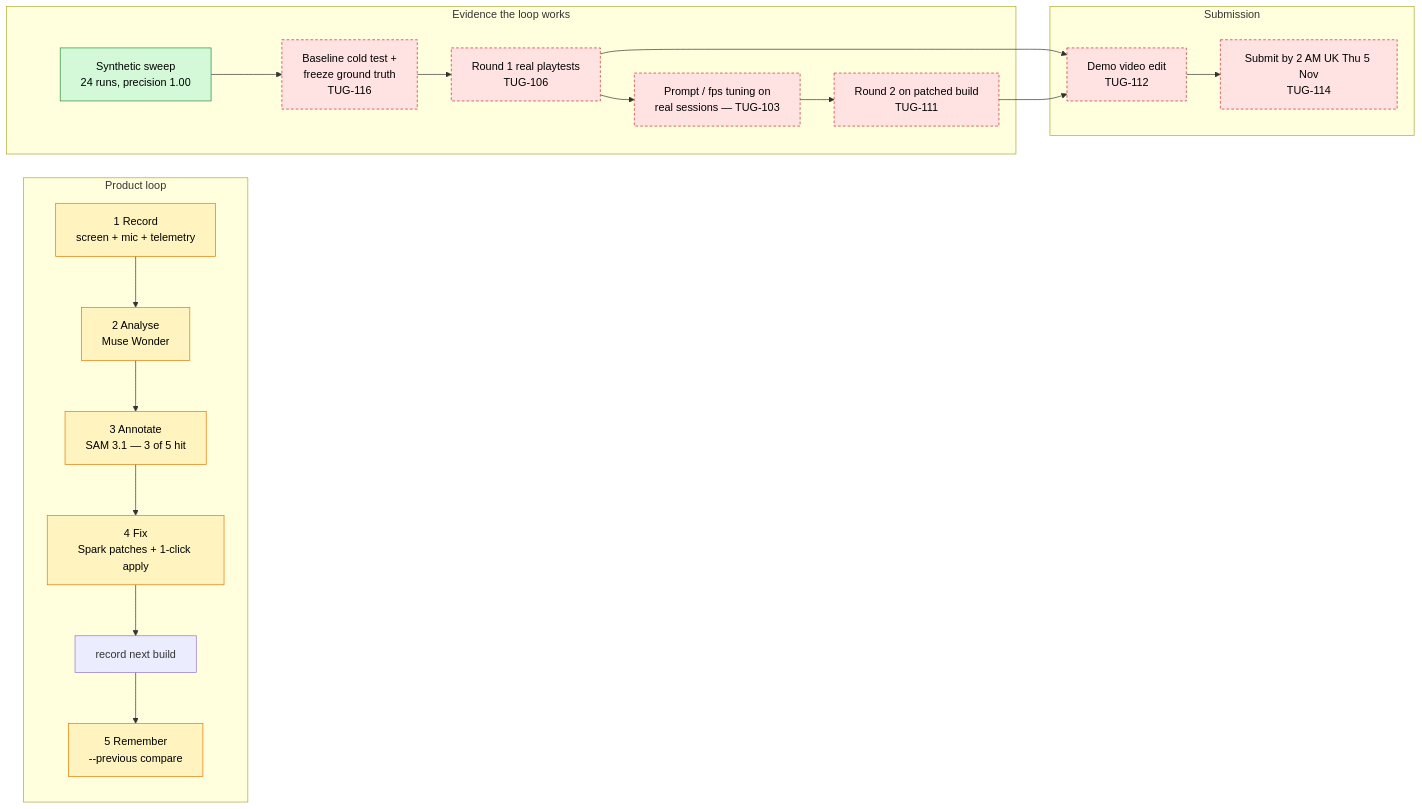
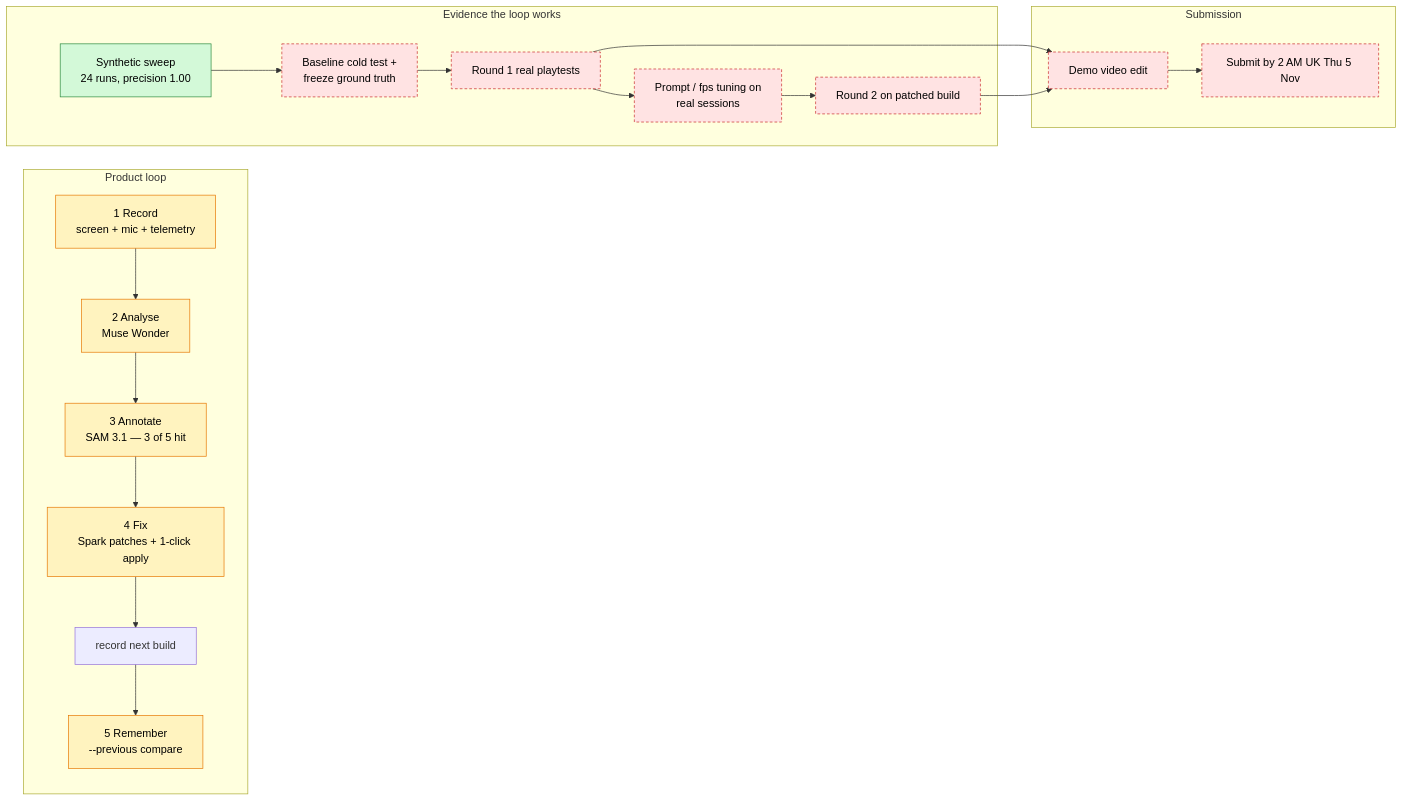
One commit to tornupgaming/playtest-analyst changed the ninth of 9 diagrams in docs/architecture.md. Above: the diagram before and after it, drawn with Mermaid. The commit also changed other lines of this file and 5 other files, not shown here.

First line of the commit message:
TUG-138: public docs read without ticket numbers, and define planted problems, strict scoring, prompt versions and synthetic sessions where a reader meets them

````diff
--- a/docs/architecture.md
+++ b/docs/architecture.md
@@ -344,33 +344,33 @@
 ```mermaid
 flowchart LR
   classDef done fill:#d3f9d8,stroke:#2b8a3e,color:#000
   classDef review fill:#fff3bf,stroke:#e67700,color:#000
   classDef todo fill:#ffe3e3,stroke:#c92a2a,color:#000,stroke-dasharray:4 3
 
   subgraph Product["Product loop"]
     R["1 Record<br/>screen + mic + telemetry"]:::review
     A["2 Analyse<br/>Muse Wonder"]:::review
     N["3 Annotate<br/>SAM 3.1 — 3 of 5 hit"]:::review
     F["4 Fix<br/>Spark patches + 1-click apply"]:::review
     M["5 Remember<br/>--previous compare"]:::review
     R --> A --> N --> F --> R2["record next build"] --> M
   end
 
   subgraph Evidence["Evidence the loop works"]
     SYN["Synthetic sweep<br/>24 runs, precision 1.00"]:::done
-    COLD["Baseline cold test +<br/>freeze ground truth<br/>TUG-116"]:::todo
-    RD1["Round 1 real playtests<br/>TUG-106"]:::todo
-    TUNE["Prompt / fps tuning on<br/>real sessions — TUG-103"]:::todo
-    RD2["Round 2 on patched build<br/>TUG-111"]:::todo
+    COLD["Baseline cold test +<br/>freeze ground truth"]:::todo
+    RD1["Round 1 real playtests"]:::todo
+    TUNE["Prompt / fps tuning on<br/>real sessions"]:::todo
+    RD2["Round 2 on patched build"]:::todo
     SYN --> COLD --> RD1 --> TUNE --> RD2
   end
 
   subgraph Ship["Submission"]
-    VID["Demo video edit<br/>TUG-112"]:::todo
-    SUB["Submit by 2 AM UK Thu 5 Nov<br/>TUG-114"]:::todo
+    VID["Demo video edit"]:::todo
+    SUB["Submit by 2 AM UK Thu 5 Nov"]:::todo
     VID --> SUB
   end
 
   RD1 --> VID
   RD2 --> VID
 ```
````
